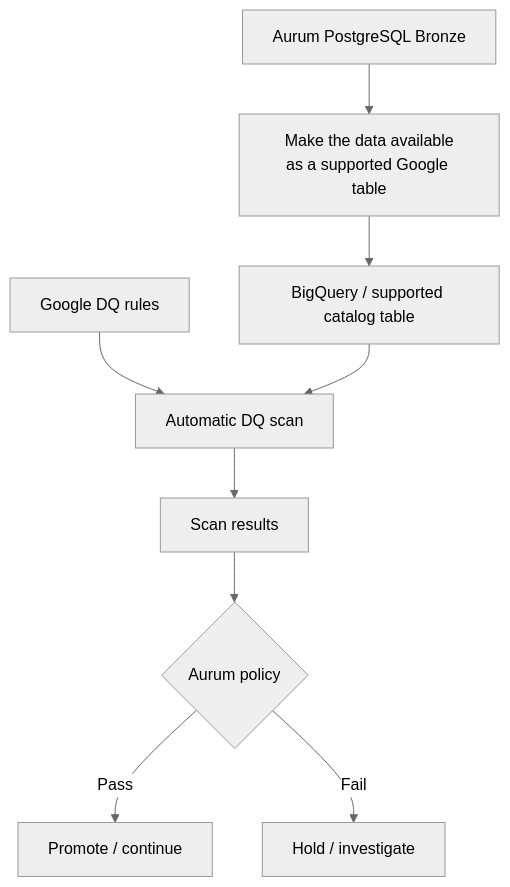
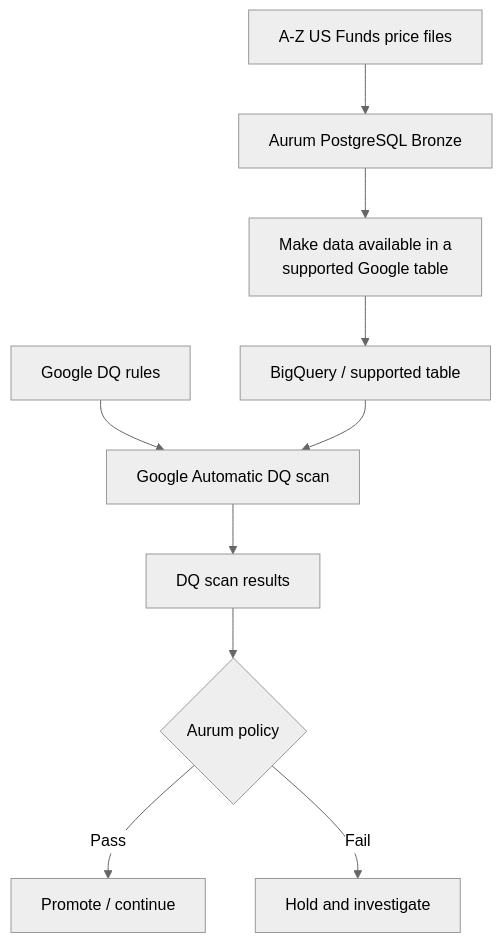
Before and after one commit to Prakharm927/aurum-data-quality-research: the third of 5 diagrams in docs/group2-tools.md, drawn with Mermaid (neutral theme). The commit also changed other lines of this file, not shown here.

Commit message:
Simplify Group 2 DQ guide with Aurum US Funds examples

````diff
--- a/docs/group2-tools.md
+++ b/docs/group2-tools.md
@@ -180,11 +205,12 @@
-~~~mermaid
+```mermaid
 flowchart TD
-  pg["Aurum PostgreSQL Bronze"] --> move["Make the data available\nas a supported Google table"]
-  move --> bq["BigQuery / supported catalog table"]
-  rules["Google DQ rules"] --> scan["Automatic DQ scan"]
+  files["A-Z US Funds price files"] --> pg["Aurum PostgreSQL Bronze"]
+  pg --> move["Make data available in a<br/>supported Google table"]
+  move --> bq["BigQuery / supported table"]
+  rules["Google DQ rules"] --> scan["Google Automatic DQ scan"]
   bq --> scan
-  scan --> result["Scan results"]
+  scan --> result["DQ scan results"]
   result --> policy{"Aurum policy"}
   policy -->|"Pass"| silver["Promote / continue"]
-  policy -->|"Fail"| hold["Hold / investigate"]
-~~~
+  policy -->|"Fail"| hold["Hold and investigate"]
+```
````
